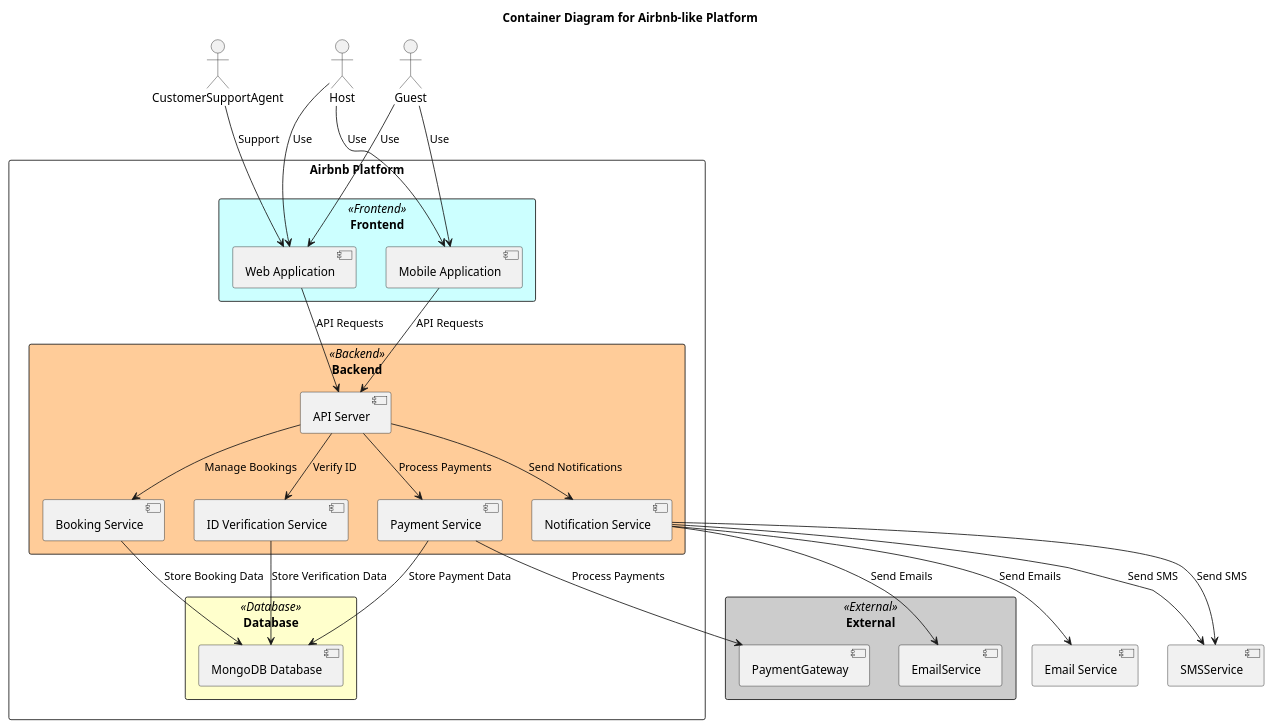
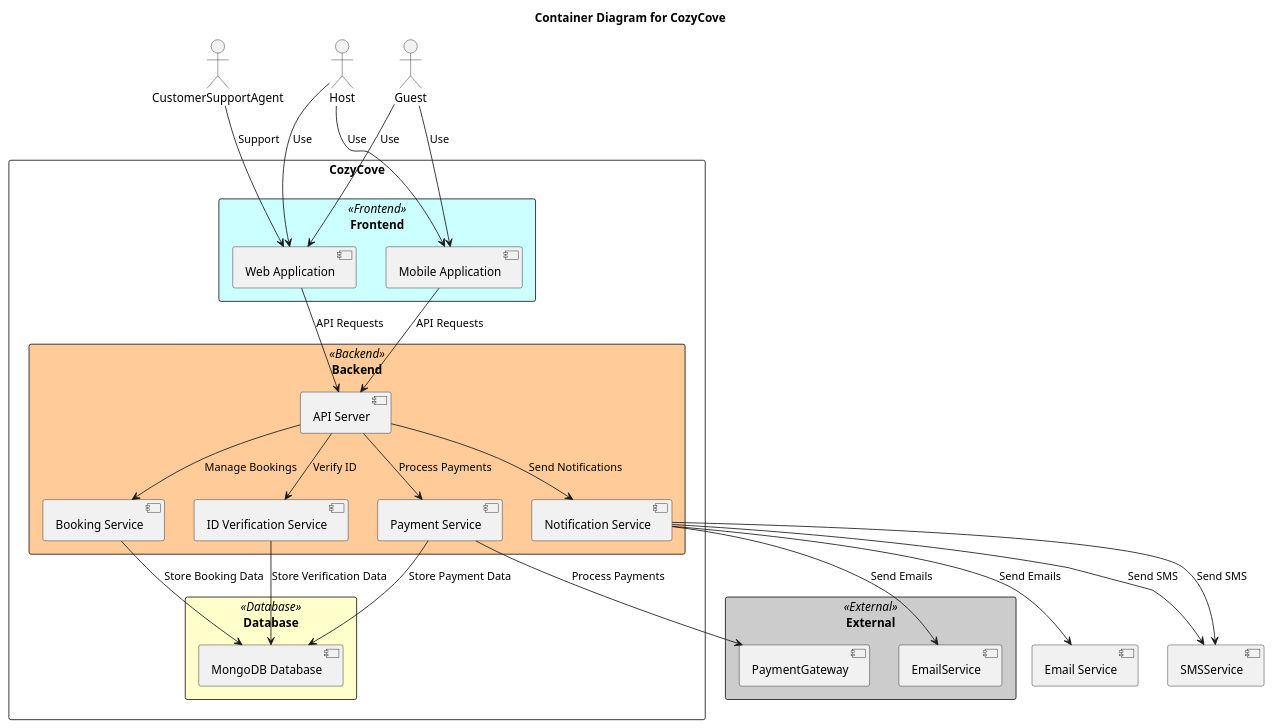
One commit to SWENGG4Y2024/SWENGG4Y2024Team02 changed the diagram in Container.puml. Above: the diagram before and after it, drawn with PlantUML.

```diff
--- a/Container.puml
+++ b/Container.puml
@@ -1,65 +1,65 @@
 @startuml
 
-title Container Diagram for Airbnb-like Platform
+title Container Diagram for CozyCove
 
 skinparam rectangle {
   BackgroundColor<< Frontend >> #CCFFFF
   BackgroundColor<< Backend >> #FFCC99
   BackgroundColor<< Database >> #FFFFCC
   BackgroundColor<< External >> #CCCCCC
 }
 
 actor Guest
 actor Host
 actor CustomerSupportAgent
 
-rectangle "Airbnb Platform" {
+rectangle "CozyCove" {
   rectangle Frontend << Frontend >> {
     [Web Application]
     [Mobile Application]
   }
 
   rectangle Backend << Backend >> {
     [API Server]
     [ID Verification Service]
     [Booking Service]
     [Payment Service]
     [Notification Service]
   }
 
   rectangle Database << Database >> {
     [MongoDB Database]
   }
 }
 
 Guest -down-> [Web Application]: Use
 Guest -down-> [Mobile Application]: Use
 Host -down-> [Web Application]: Use
 Host -down-> [Mobile Application]: Use
 CustomerSupportAgent -down-> [Web Application]: Support
 
 [Web Application] -down-> [API Server]: API Requests
 [Mobile Application] -down-> [API Server]: API Requests
 
 [API Server] -down-> [ID Verification Service]: Verify ID
 [API Server] -down-> [Booking Service]: Manage Bookings
 [API Server] -down-> [Payment Service]: Process Payments
 [API Server] -down-> [Notification Service]: Send Notifications
 
 [ID Verification Service] -down-> [MongoDB Database]: Store Verification Data
 [Booking Service] -down-> [MongoDB Database]: Store Booking Data
 [Payment Service] -down-> [MongoDB Database]: Store Payment Data
 [Notification Service] -down-> [Email Service]: Send Emails
 [Notification Service] -down-> [SMSService]: Send SMS
 
 rectangle External << External >> {
   [PaymentGateway]
   [EmailService]
   [SMSService]
 }
 
 [Payment Service] -down-> [PaymentGateway]: Process Payments
 [Notification Service] -down-> [EmailService]: Send Emails
 [Notification Service] -down-> [SMSService]: Send SMS
 
 @enduml
```
